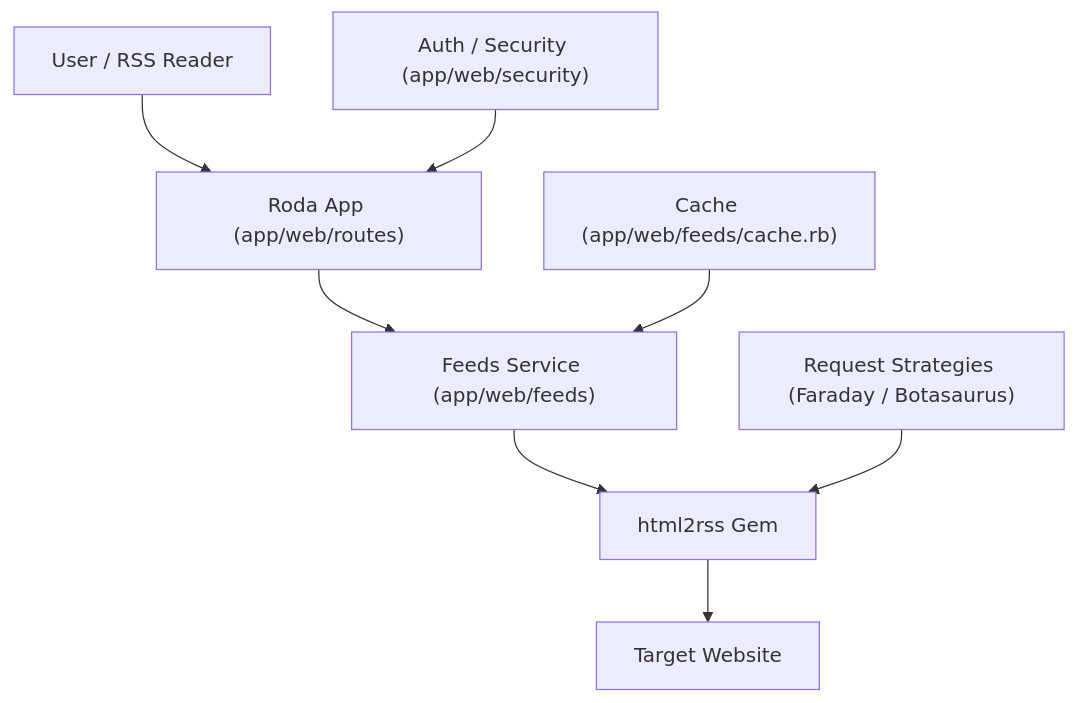
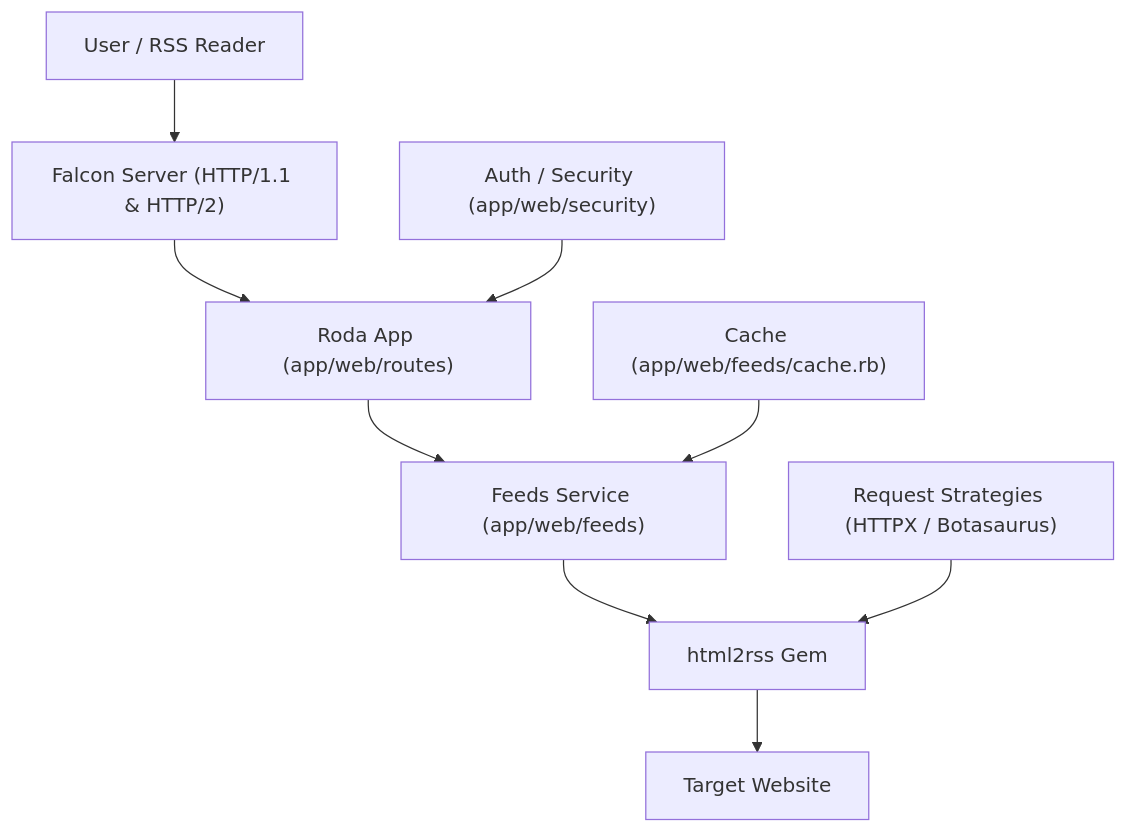
One commit to html2rss/html2rss-web changed the diagram in docs/architecture.md. Above: the diagram before and after it, drawn with Mermaid. The commit also changed other lines of this file and 30 other files, not shown here.

First line of the commit message:
feat(server): migrate to Falcon fiber stack with non-blocking caching and TLS hardening (#1139)

````diff
--- a/docs/architecture.md
+++ b/docs/architecture.md
@@ -7,10 +22,11 @@
 ```mermaid
 flowchart TD
-    user["User / RSS Reader"] --> routes["Roda App (app/web/routes)"]
+    user["User / RSS Reader"] --> falcon["Falcon Server (HTTP/1.1 & HTTP/2)"]
+    falcon --> routes["Roda App (app/web/routes)"]
     security["Auth / Security (app/web/security)"] --> routes
     routes --> feeds["Feeds Service (app/web/feeds)"]
     cache["Cache (app/web/feeds/cache.rb)"] --> feeds
     feeds --> gem["html2rss Gem"]
-    strategies["Request Strategies (Faraday / Botasaurus)"] --> gem
+    strategies["Request Strategies (HTTPX / Botasaurus)"] --> gem
     gem --> target["Target Website"]
 ```
````
